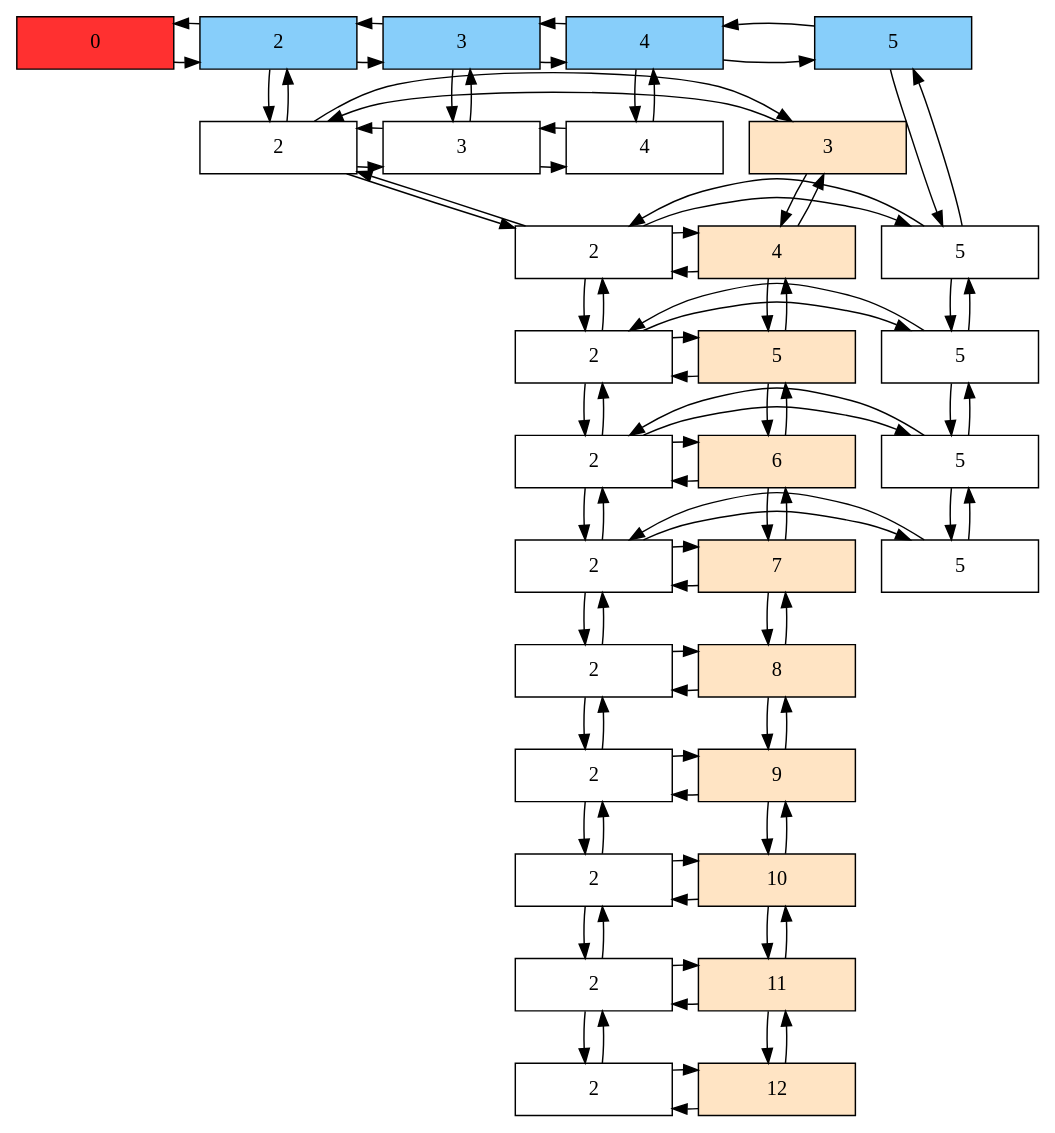
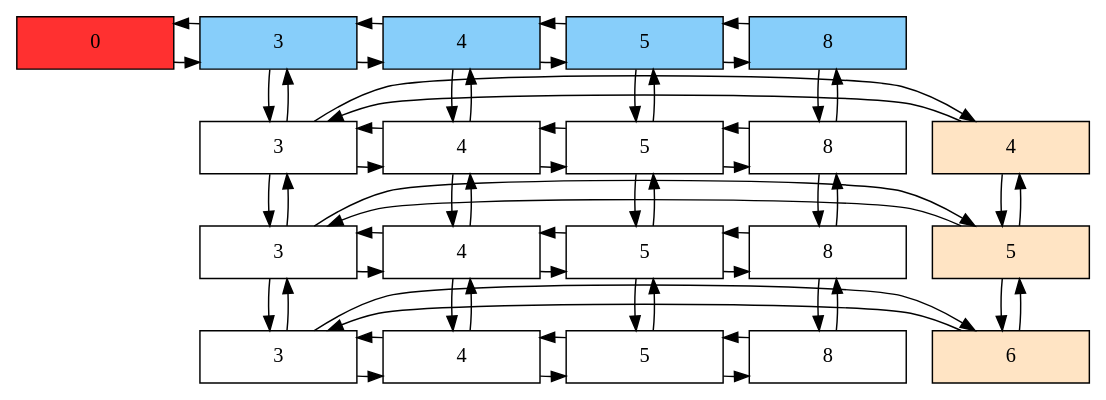
Before and after one commit to EdsonArmando/EDD_2S2019_PY1_201701029: the diagram in cmake-build-debug/matrix.dot, drawn with Graphviz. The commit also changed 12 other files, not shown here.

```diff
--- a/cmake-build-debug/matrix.dot
+++ b/cmake-build-debug/matrix.dot
@@ -1,143 +1,98 @@
 digraph Sparce_Matrix {
  node [shape=box]
   Mt[ label = "0", width = 1.5, style = filled, fillcolor = firebrick1, group = 1 ];
 e0[ shape = point, width = 0 ];
  e1[ shape = point, width = 0 ];
-U3[label = "3" pos = "5.3,3.5!" width = 1.5 style = filled, fillcolor = bisque1, group = 1 ];
-U3 -> N2_L3
-N2_L3 ->U3
-U3 -> U4
-U4 -> U3
-N2_L3 -> N2_L4
-N2_L4 -> N2_L3
-N2_L3[label = "2" width = 1.5, group = 2 ];
-{ rank = same; U3;N2_L3; }
-N2_L3 -> N3_L3
-N3_L3 -> N2_L3
-N3_L3[label = "3" width = 1.5, group = 2 ];
-{ rank = same; U3;N3_L3; }
-N3_L3 -> N4_L3
-N4_L3 -> N3_L3
-N4_L3[label = "4" width = 1.5, group = 2 ];
-{ rank = same; U3;N4_L3; }
 U4[label = "4" pos = "5.3,3.5!" width = 1.5 style = filled, fillcolor = bisque1, group = 1 ];
-U4 -> N2_L4
-N2_L4 ->U4
+U4 -> N3_L4
+N3_L4 ->U4
 U4 -> U5
 U5 -> U4
-N2_L4 -> N2_L5
-N2_L5 -> N2_L4
-N2_L4[label = "2" width = 1.5, group = 2 ];
-{ rank = same; U4;N2_L4; }
-N2_L4 -> N5_L4
-N5_L4 -> N2_L4
+N3_L4 -> N3_L5
+N3_L5 -> N3_L4
+N3_L4[label = "3" width = 1.5, group = 2 ];
+{ rank = same; U4;N3_L4; }
+N3_L4 -> N4_L4
+N4_L4 -> N3_L4
+N4_L4 -> N4_L5
+N4_L5 -> N4_L4
+N4_L4[label = "4" width = 1.5, group = 2 ];
+{ rank = same; U4;N4_L4; }
+N4_L4 -> N5_L4
+N5_L4 -> N4_L4
 N5_L4 -> N5_L5
 N5_L5 -> N5_L4
 N5_L4[label = "5" width = 1.5, group = 2 ];
 { rank = same; U4;N5_L4; }
+N5_L4 -> N8_L4
+N8_L4 -> N5_L4
+N8_L4 -> N8_L5
+N8_L5 -> N8_L4
+N8_L4[label = "8" width = 1.5, group = 2 ];
+{ rank = same; U4;N8_L4; }
 U5[label = "5" pos = "5.3,3.5!" width = 1.5 style = filled, fillcolor = bisque1, group = 1 ];
-U5 -> N2_L5
-N2_L5 ->U5
+U5 -> N3_L5
+N3_L5 ->U5
 U5 -> U6
 U6 -> U5
-N2_L5 -> N2_L6
-N2_L6 -> N2_L5
-N2_L5[label = "2" width = 1.5, group = 2 ];
-{ rank = same; U5;N2_L5; }
-N2_L5 -> N5_L5
-N5_L5 -> N2_L5
+N3_L5 -> N3_L6
+N3_L6 -> N3_L5
+N3_L5[label = "3" width = 1.5, group = 2 ];
+{ rank = same; U5;N3_L5; }
+N3_L5 -> N4_L5
+N4_L5 -> N3_L5
+N4_L5 -> N4_L6
+N4_L6 -> N4_L5
+N4_L5[label = "4" width = 1.5, group = 2 ];
+{ rank = same; U5;N4_L5; }
+N4_L5 -> N5_L5
+N5_L5 -> N4_L5
 N5_L5 -> N5_L6
 N5_L6 -> N5_L5
 N5_L5[label = "5" width = 1.5, group = 2 ];
 { rank = same; U5;N5_L5; }
+N5_L5 -> N8_L5
+N8_L5 -> N5_L5
+N8_L5 -> N8_L6
+N8_L6 -> N8_L5
+N8_L5[label = "8" width = 1.5, group = 2 ];
+{ rank = same; U5;N8_L5; }
 U6[label = "6" pos = "5.3,3.5!" width = 1.5 style = filled, fillcolor = bisque1, group = 1 ];
-U6 -> N2_L6
-N2_L6 ->U6
-U6 -> U7
-U7 -> U6
-N2_L6 -> N2_L7
-N2_L7 -> N2_L6
-N2_L6[label = "2" width = 1.5, group = 2 ];
-{ rank = same; U6;N2_L6; }
-N2_L6 -> N5_L6
-N5_L6 -> N2_L6
-N5_L6 -> N5_L7
-N5_L7 -> N5_L6
+U6 -> N3_L6
+N3_L6 ->U6
+N3_L6[label = "3" width = 1.5, group = 2 ];
+{ rank = same; U6;N3_L6; }
+N3_L6 -> N4_L6
+N4_L6 -> N3_L6
+N4_L6[label = "4" width = 1.5, group = 2 ];
+{ rank = same; U6;N4_L6; }
+N4_L6 -> N5_L6
+N5_L6 -> N4_L6
 N5_L6[label = "5" width = 1.5, group = 2 ];
 { rank = same; U6;N5_L6; }
-U7[label = "7" pos = "5.3,3.5!" width = 1.5 style = filled, fillcolor = bisque1, group = 1 ];
-U7 -> N2_L7
-N2_L7 ->U7
-U7 -> U8
-U8 -> U7
-N2_L7 -> N2_L8
-N2_L8 -> N2_L7
-N2_L7[label = "2" width = 1.5, group = 2 ];
-{ rank = same; U7;N2_L7; }
-N2_L7 -> N5_L7
-N5_L7 -> N2_L7
-N5_L7[label = "5" width = 1.5, group = 2 ];
-{ rank = same; U7;N5_L7; }
-U8[label = "8" pos = "5.3,3.5!" width = 1.5 style = filled, fillcolor = bisque1, group = 1 ];
-U8 -> N2_L8
-N2_L8 ->U8
-U8 -> U9
-U9 -> U8
-N2_L8 -> N2_L9
-N2_L9 -> N2_L8
-N2_L8[label = "2" width = 1.5, group = 2 ];
-{ rank = same; U8;N2_L8; }
-U9[label = "9" pos = "5.3,3.5!" width = 1.5 style = filled, fillcolor = bisque1, group = 1 ];
-U9 -> N2_L9
-N2_L9 ->U9
-U9 -> U10
-U10 -> U9
-N2_L9 -> N2_L10
-N2_L10 -> N2_L9
-N2_L9[label = "2" width = 1.5, group = 2 ];
-{ rank = same; U9;N2_L9; }
-U10[label = "10" pos = "5.3,3.5!" width = 1.5 style = filled, fillcolor = bisque1, group = 1 ];
-U10 -> N2_L10
-N2_L10 ->U10
-U10 -> U11
-U11 -> U10
-N2_L10 -> N2_L11
-N2_L11 -> N2_L10
-N2_L10[label = "2" width = 1.5, group = 2 ];
-{ rank = same; U10;N2_L10; }
-U11[label = "11" pos = "5.3,3.5!" width = 1.5 style = filled, fillcolor = bisque1, group = 1 ];
-U11 -> N2_L11
-N2_L11 ->U11
-U11 -> U12
-U12 -> U11
-N2_L11 -> N2_L12
-N2_L12 -> N2_L11
-N2_L11[label = "2" width = 1.5, group = 2 ];
-{ rank = same; U11;N2_L11; }
-U12[label = "12" pos = "5.3,3.5!" width = 1.5 style = filled, fillcolor = bisque1, group = 1 ];
-U12 -> N2_L12
-N2_L12 ->U12
-N2_L12[label = "2" width = 1.5, group = 2 ];
-{ rank = same; U12;N2_L12; }
-Mt->A2
-A2->Mt
-A2[label = "2"   width = 1.5 style = filled, fillcolor = lightskyblue, group = 2 ];
-A2 -> N2_L3
-N2_L3 -> A2
-A2 -> A3
-A3 -> A2
+N5_L6 -> N8_L6
+N8_L6 -> N5_L6
+N8_L6[label = "8" width = 1.5, group = 2 ];
+{ rank = same; U6;N8_L6; }
+Mt->A3
+A3->Mt
 A3[label = "3"   width = 1.5 style = filled, fillcolor = lightskyblue, group = 2 ];
-A3 -> N3_L3
-N3_L3 -> A3
+A3 -> N3_L4
+N3_L4 -> A3
 A3 -> A4
 A4 -> A3
 A4[label = "4"   width = 1.5 style = filled, fillcolor = lightskyblue, group = 2 ];
-A4 -> N4_L3
-N4_L3 -> A4
+A4 -> N4_L4
+N4_L4 -> A4
 A4 -> A5
 A5 -> A4
 A5[label = "5"   width = 1.5 style = filled, fillcolor = lightskyblue, group = 2 ];
 A5 -> N5_L4
 N5_L4 -> A5
- { rank = same; Mt;A2;A3;A4;A5;}
+A5 -> A8
+A8 -> A5
+A8[label = "8"   width = 1.5 style = filled, fillcolor = lightskyblue, group = 2 ];
+A8 -> N8_L4
+N8_L4 -> A8
+ { rank = same; Mt;A3;A4;A5;A8;}
 }
```
